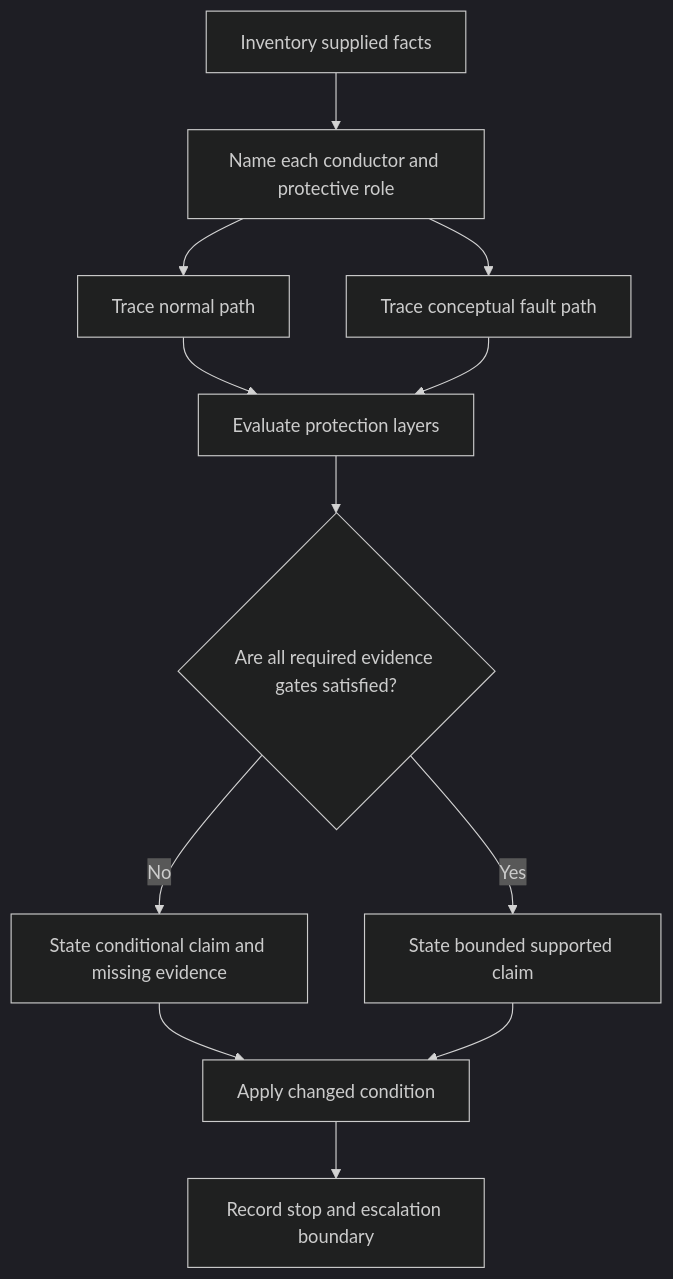
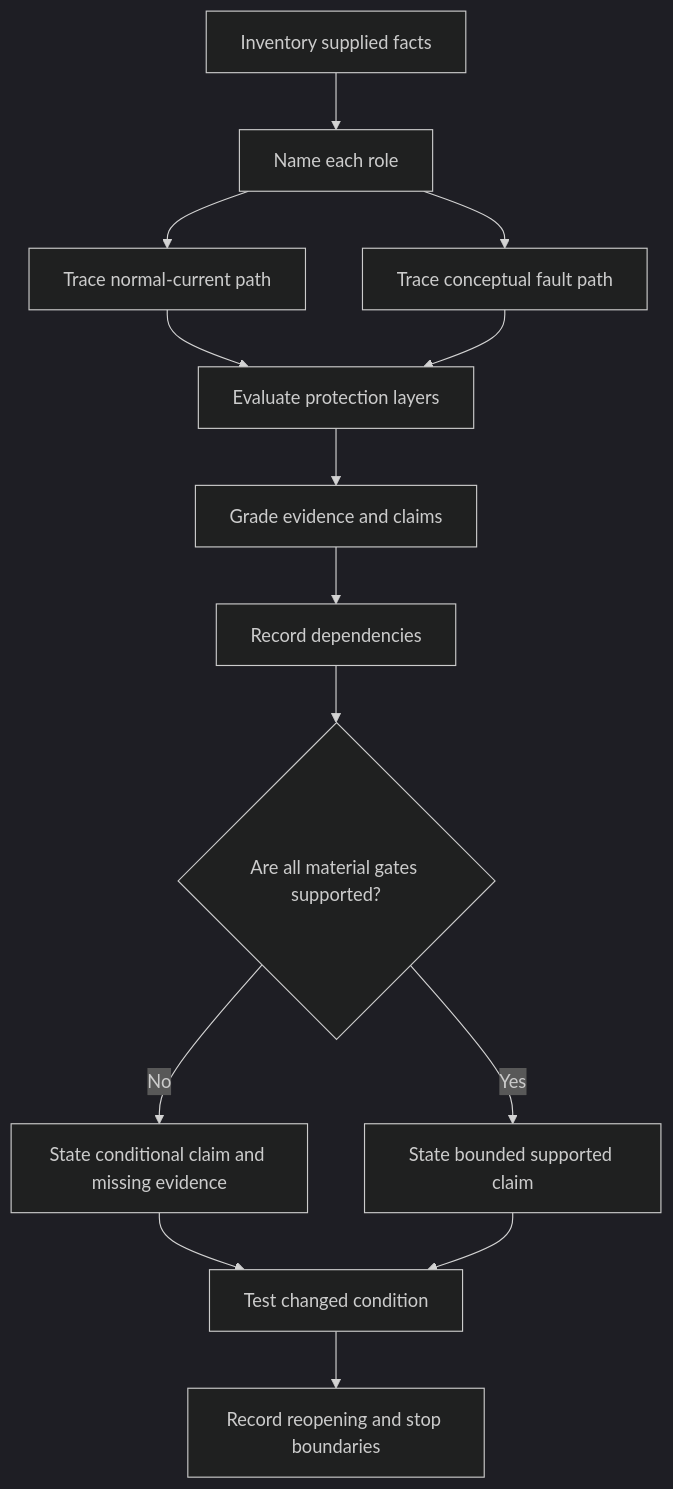
One commit to andrew3stedall/capstone changed the first of 2 diagrams in docs/learning-plans/6-week/modules/day-14-week-2-integrated-men-and-protection-exercise.md. Above: the diagram before and after it, drawn with Mermaid (dark theme). The commit also changed other lines of this file, not shown here.

````diff
--- a/docs/learning-plans/6-week/modules/day-14-week-2-integrated-men-and-protection-exercise.md
+++ b/docs/learning-plans/6-week/modules/day-14-week-2-integrated-men-and-protection-exercise.md
@@ -123,14 +152,16 @@
 ```mermaid
 flowchart TD
-    A[Inventory supplied facts] --> B[Name each conductor and protective role]
-    B --> C[Trace normal path]
+    A[Inventory supplied facts] --> B[Name each role]
+    B --> C[Trace normal-current path]
     B --> D[Trace conceptual fault path]
     C --> E[Evaluate protection layers]
     D --> E
-    E --> F{Are all required evidence gates satisfied?}
-    F -->|No| G[State conditional claim and missing evidence]
-    F -->|Yes| H[State bounded supported claim]
-    G --> I[Apply changed condition]
-    H --> I
-    I --> J[Record stop and escalation boundary]
+    E --> F[Grade evidence and claims]
+    F --> G[Record dependencies]
+    G --> H{Are all material gates supported?}
+    H -->|No| I[State conditional claim and missing evidence]
+    H -->|Yes| J[State bounded supported claim]
+    I --> K[Test changed condition]
+    J --> K
+    K --> L[Record reopening and stop boundaries]
 ```
````
